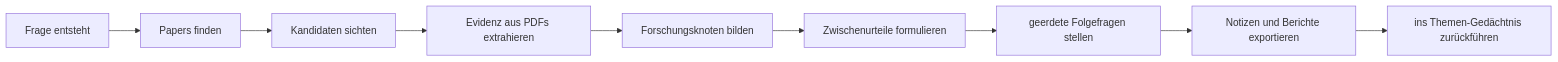
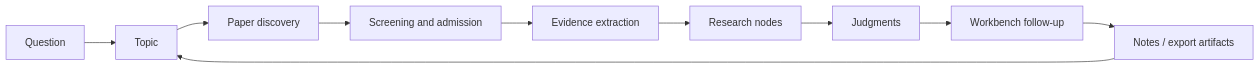
The diagram in docs/README.de-DE.md (AI-yyf/TraceMind), drawn with Mermaid before and after one commit. The commit also changed other lines of this file and 7 other files, not shown here.

First line of the commit message:
Clarify TraceMind as an AI personal research workbench in public docs

````diff
--- a/docs/README.de-DE.md
+++ b/docs/README.de-DE.md
@@ -131,11 +162,12 @@
 ```mermaid
 flowchart LR
-    A["Frage entsteht"] --> B["Papers finden"]
-    B --> C["Kandidaten sichten"]
-    C --> D["Evidenz aus PDFs extrahieren"]
-    D --> E["Forschungsknoten bilden"]
-    E --> F["Zwischenurteile formulieren"]
-    F --> G["geerdete Folgefragen stellen"]
-    G --> H["Notizen und Berichte exportieren"]
-    H --> I["ins Themen-Gedächtnis zurückführen"]
+    A["Question"] --> B["Topic"]
+    B --> C["Paper discovery"]
+    C --> D["Screening and admission"]
+    D --> E["Evidence extraction"]
+    E --> F["Research nodes"]
+    F --> G["Judgments"]
+    G --> H["Workbench follow-up"]
+    H --> I["Notes / export artifacts"]
+    I --> B
 ```
````
